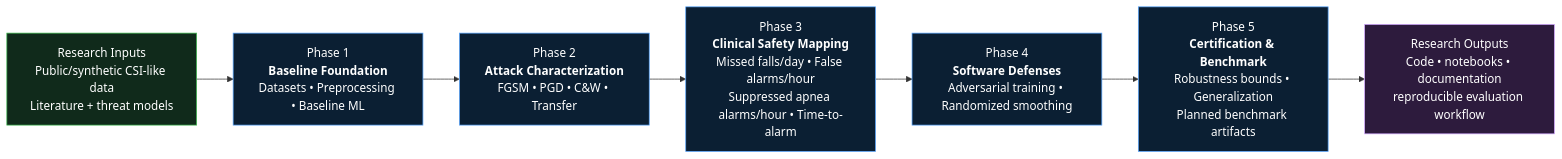
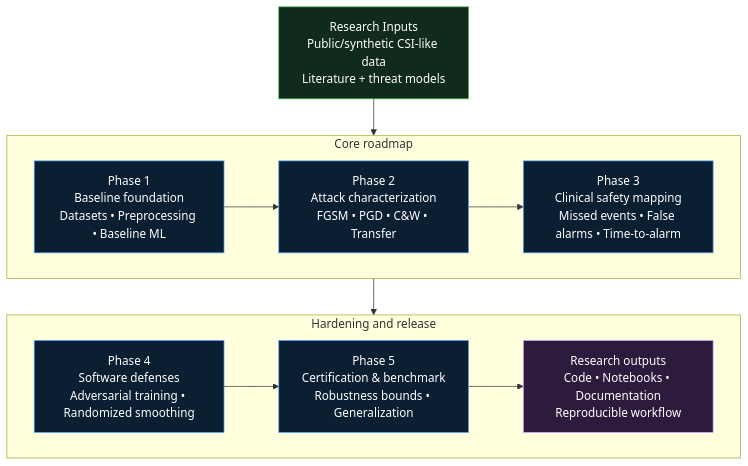
The diagram in projects/README.md (shahram-h-hesari/secure-wifi-csi-healthcare-sensing), drawn with Mermaid before and after one commit.

````diff
--- a/projects/README.md
+++ b/projects/README.md
@@ -11,18 +12,34 @@
 ```mermaid
-flowchart LR
-  A["Phase 1<br/><b>Baseline Foundation</b><br/>Datasets • Preprocessing • Baseline ML"] --> B["Phase 2<br/><b>Attack Characterization</b><br/>FGSM • PGD • C&W • Transfer"]
-  B --> C["Phase 3<br/><b>Clinical Safety Mapping</b><br/>Missed falls/day • False alarms/hour<br/>Suppressed apnea alarms/hour • Time-to-alarm"]
-  C --> D["Phase 4<br/><b>Software Defenses</b><br/>Adversarial training • Randomized smoothing"]
-  D --> E["Phase 5<br/><b>Certification & Benchmark</b><br/>Robustness bounds • Generalization<br/>Planned benchmark artifacts"]
+flowchart TB
 
-  S["Research Inputs<br/>Public/synthetic CSI-like data<br/>Literature + threat models"] --> A
-  E --> O["Research Outputs<br/>Code • notebooks • documentation<br/>reproducible evaluation workflow"]
+  I["Research Inputs<br/>Public/synthetic CSI-like data<br/>Literature + threat models"]
 
+  subgraph Row1["Core roadmap"]
+    direction LR
+    P1["Phase 1<br/>Baseline foundation<br/>Datasets • Preprocessing • Baseline ML"]
+    P2["Phase 2<br/>Attack characterization<br/>FGSM • PGD • C&W • Transfer"]
+    P3["Phase 3<br/>Clinical safety mapping<br/>Missed events • False alarms • Time-to-alarm"]
+  end
+
+  subgraph Row2["Hardening and release"]
+    direction LR
+    P4["Phase 4<br/>Software defenses<br/>Adversarial training • Randomized smoothing"]
+    P5["Phase 5<br/>Certification & benchmark<br/>Robustness bounds • Generalization"]
+    O["Research outputs<br/>Code • Notebooks • Documentation<br/>Reproducible workflow"]
+  end
+
+  I --> P1
+  P1 --> P2
+  P2 --> P3
+  P3 --> P4
+  P4 --> P5
+  P5 --> O
+
+  classDef input fill:#102A1B,stroke:#3FB950,color:#FFFFFF,stroke-width:1px;
   classDef phase fill:#0B1F33,stroke:#58A6FF,color:#FFFFFF,stroke-width:1px;
-  classDef input fill:#102A1B,stroke:#3FB950,color:#FFFFFF,stroke-width:1px;
   classDef output fill:#2D1B3D,stroke:#D2A8FF,color:#FFFFFF,stroke-width:1px;
 
-  class A,B,C,D,E phase;
-  class S input;
+  class I input;
+  class P1,P2,P3,P4,P5 phase;
   class O output;
 ```
````
